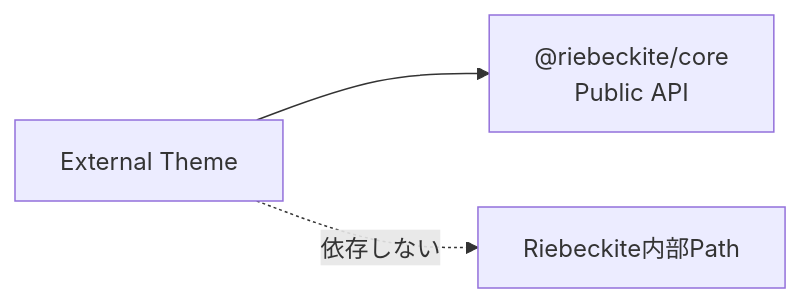
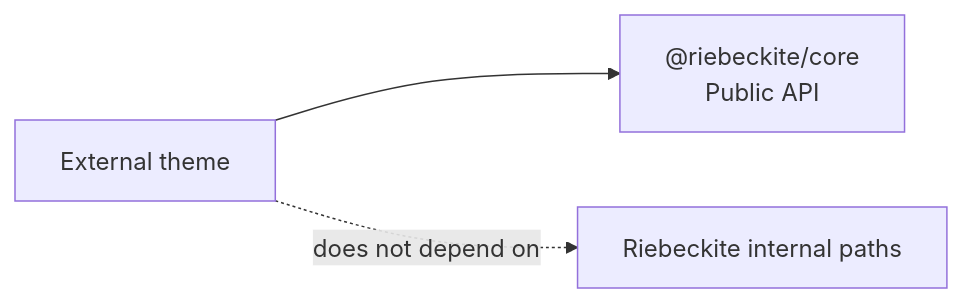
One commit to Rerurate514/riebeckite changed the fifth of 6 diagrams in docs/docs/themes/writing-a-theme.md. Above: the diagram before and after it, drawn with Mermaid. The commit also changed other lines of this file and 604 other files, not shown here.

````diff
--- a/docs/docs/themes/writing-a-theme.md
+++ b/docs/docs/themes/writing-a-theme.md
@@ -729,9 +472,9 @@
-```mermaid id="52m7im"
+```mermaid
 flowchart LR
-    Theme["External Theme"]
+    Theme["External theme"]
     Core["@riebeckite/core<br/>Public API"]
-    Internal["Riebeckite内部Path"]
+    Internal["Riebeckite internal paths"]
 
     Theme --> Core
-    Theme -.->|"依存しない"| Internal
+    Theme -.->|"does not depend on"| Internal
 ```
````
